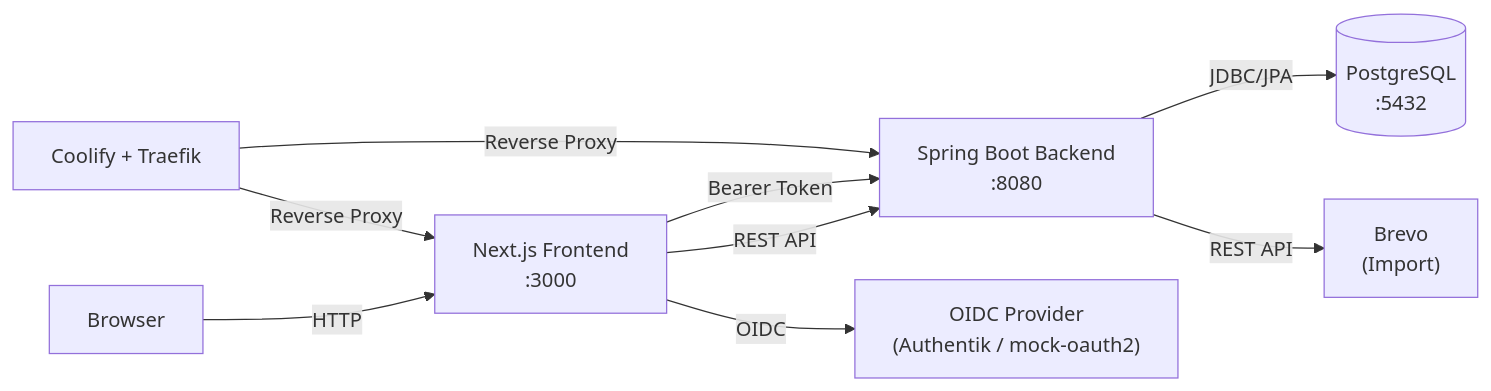
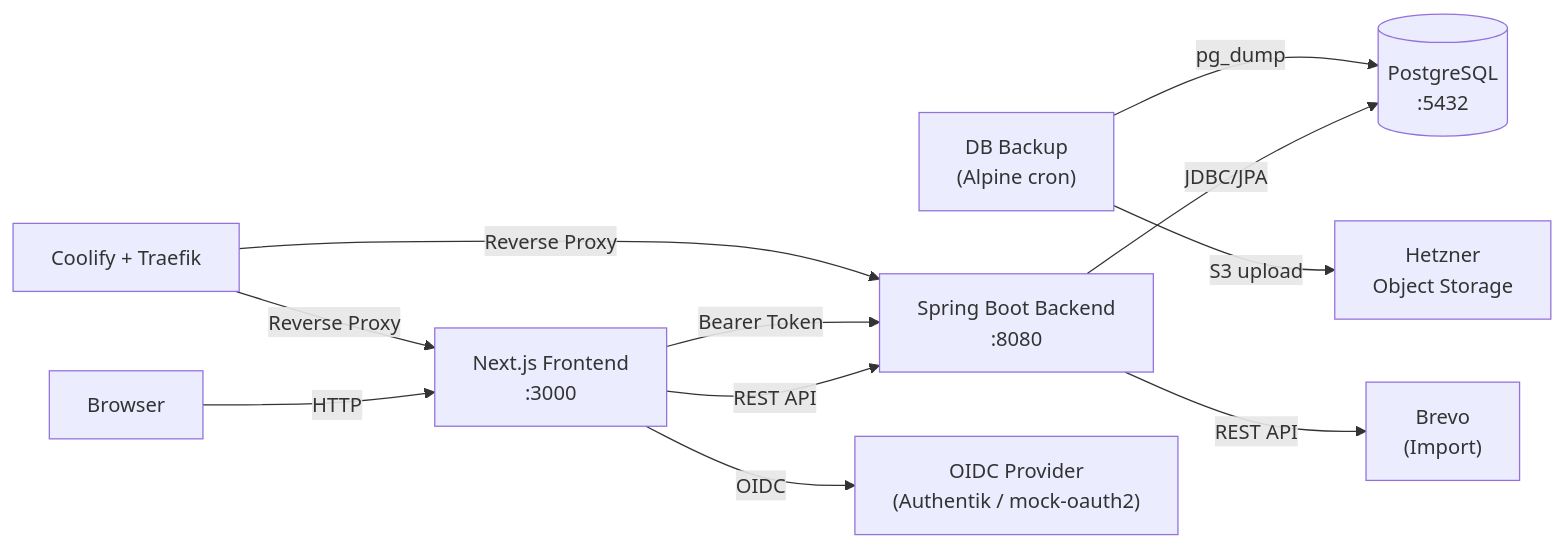
Before and after one commit to OpenElementsLabs/open-crm: the first of 3 diagrams in .claude/conventions/project-specific/project-architecture.md, drawn with Mermaid. The commit also changed other lines of this file and 3 other files, not shown here.

````diff
--- a/.claude/conventions/project-specific/project-architecture.md
+++ b/.claude/conventions/project-specific/project-architecture.md
@@ -20,11 +21,13 @@
 ```mermaid
 graph LR
     Browser["Browser"] -->|HTTP| Frontend["Next.js Frontend<br/>:3000"]
     Frontend -->|REST API| Backend["Spring Boot Backend<br/>:8080"]
     Backend -->|JDBC/JPA| DB[("PostgreSQL<br/>:5432")]
     Backend -->|REST API| Brevo["Brevo<br/>(Import)"]
+    DBBackup["DB Backup<br/>(Alpine cron)"] -->|pg_dump| DB
+    DBBackup -->|S3 upload| S3["Hetzner<br/>Object Storage"]
     Frontend -->|OIDC| OIDC["OIDC Provider<br/>(Authentik / mock-oauth2)"]
     Frontend -->|Bearer Token| Backend
     Coolify["Coolify + Traefik"] -->|Reverse Proxy| Frontend
     Coolify -->|Reverse Proxy| Backend
 ```
````
